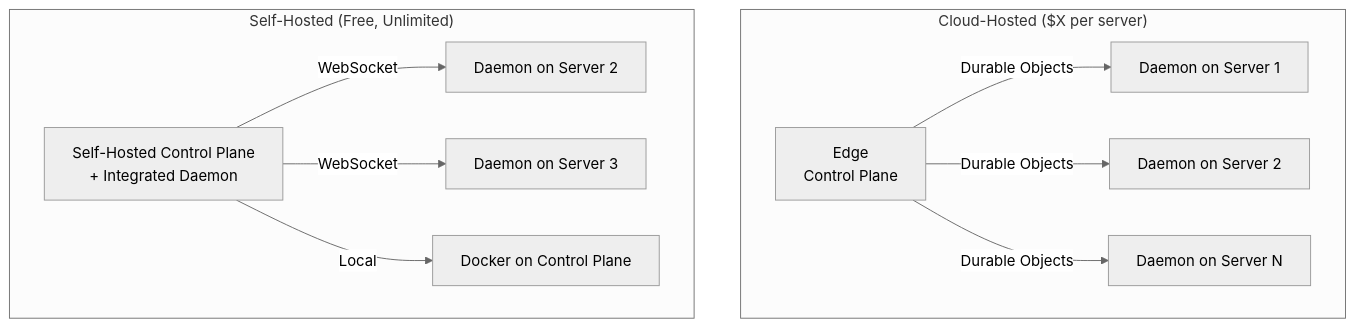
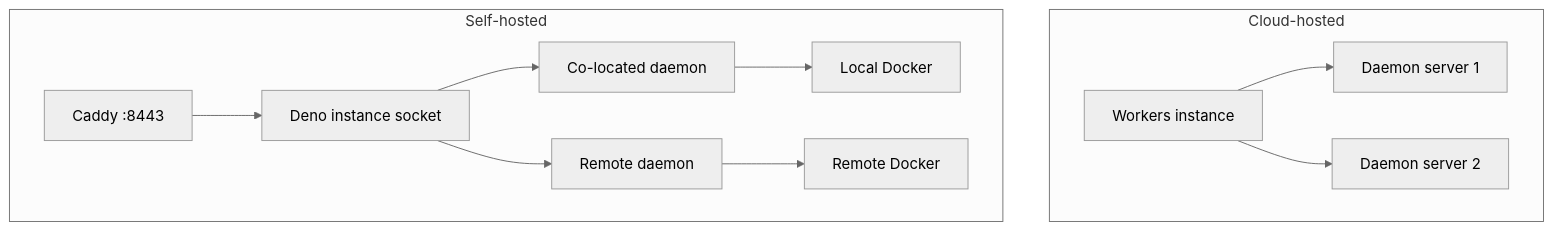
Before and after one commit to TurboPanel/website: the diagram in docs/getting-started/introduction.mdx, drawn with Mermaid (neutral theme). The commit also changed other lines of this file and 19 other files, not shown here.

First line of the commit message:
Add redirects in Next.js configuration and update documentation for multi-repo architecture

````diff
--- a/docs/getting-started/introduction.mdx
+++ b/docs/getting-started/introduction.mdx
@@ -56,21 +50,15 @@
 ```mermaid
 graph TB
-    subgraph "Cloud-Hosted ($X per server)"
-        A[Edge<br/>Control Plane]
-        B[Daemon on Server 1]
-        C[Daemon on Server 2]
-        D[Daemon on Server N]
-        A -->|Durable Objects| B
-        A -->|Durable Objects| C
-        A -->|Durable Objects| D
+    subgraph "Cloud-hosted"
+        W[Workers instance] --> D1[Daemon server 1]
+        W --> D2[Daemon server 2]
     end
 
-    subgraph "Self-Hosted (Free, Unlimited)"
-        E[Self-Hosted Control Plane<br/>+ Integrated Daemon]
-        F[Daemon on Server 2]
-        G[Daemon on Server 3]
-        E -->|WebSocket| F
-        E -->|WebSocket| G
-        E -->|Local| H[Docker on Control Plane]
+    subgraph "Self-hosted"
+        C[Caddy :8443] --> I[Deno instance socket]
+        I --> CD[Co-located daemon]
+        I --> D3[Remote daemon]
+        CD --> Docker1[Local Docker]
+        D3 --> Docker2[Remote Docker]
     end
 ```
````
